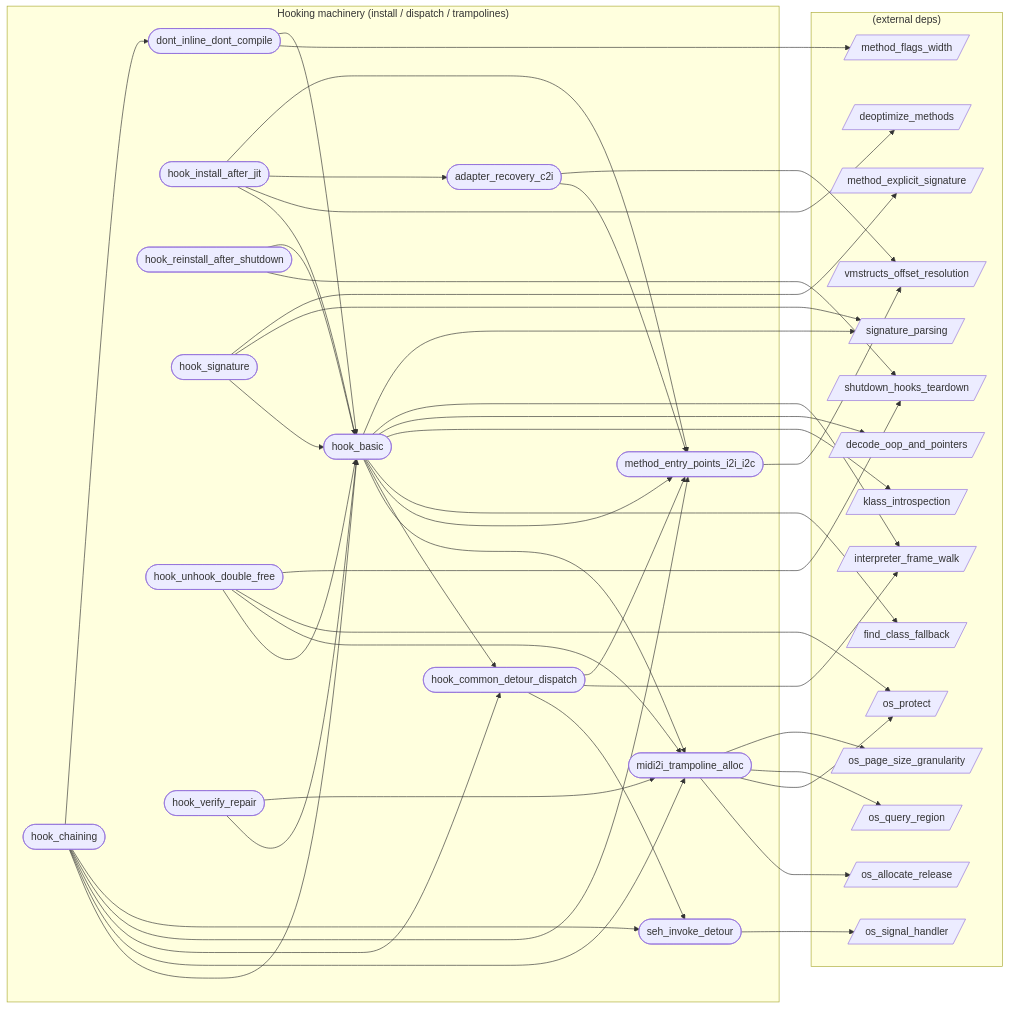
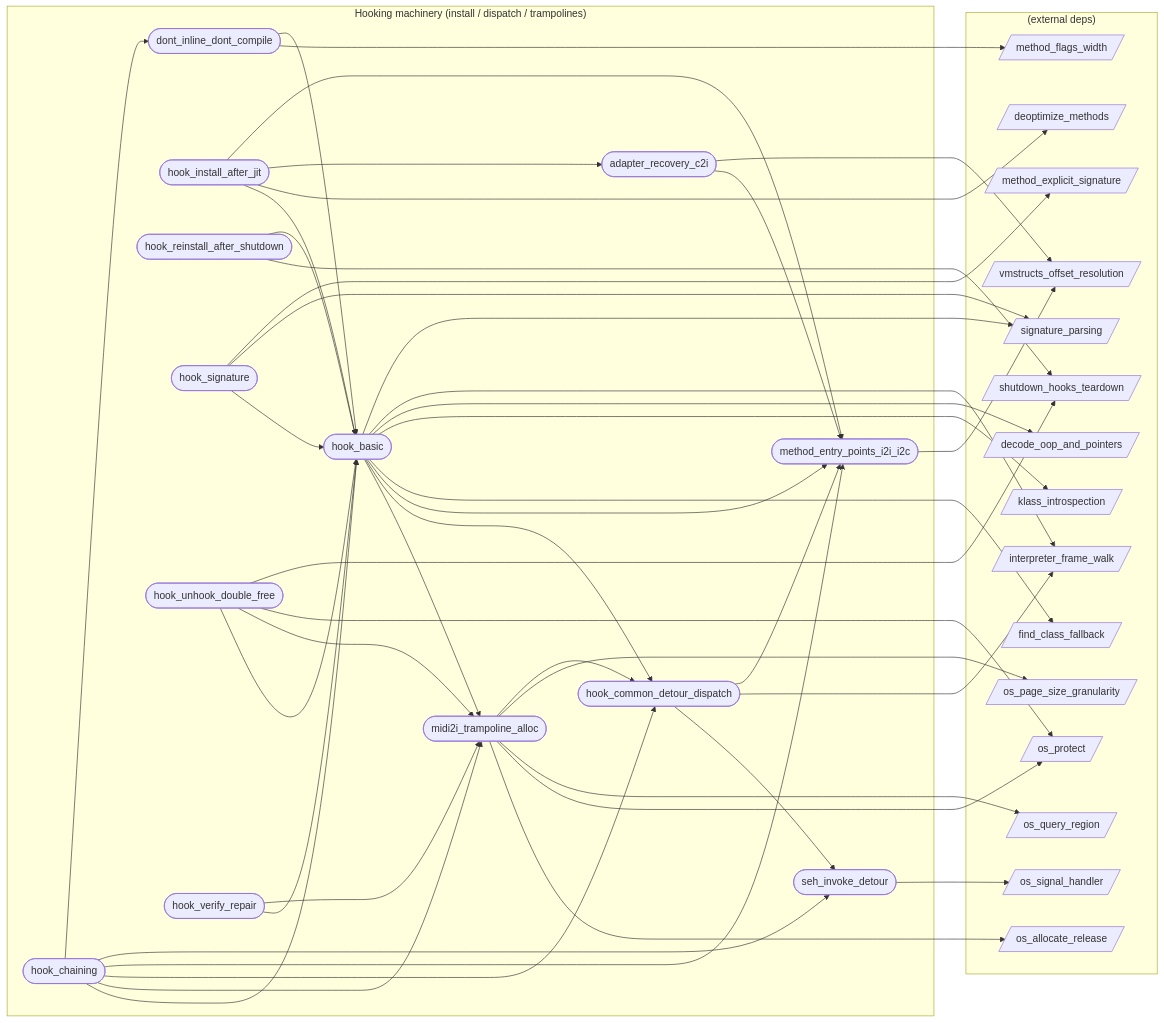
The diagram in audit/graph/categories/hook.md (xxxnpno/VMHook), drawn with Mermaid before and after one commit. The commit also changed other lines of this file and 21 other files, not shown here.

First line of the commit message:
docs(audit/features): enrich midi2i_trampoline_alloc, method_entry_points_i2i_i2c, method_enumeration, register_class, read_java_string

````diff
--- a/audit/graph/categories/hook.md
+++ b/audit/graph/categories/hook.md
@@ -30,77 +30,78 @@
 ```mermaid
 flowchart LR
   subgraph hook["Hooking machinery (install / dispatch / trampolines)"]
     adapter_recovery_c2i([adapter_recovery_c2i])
     dont_inline_dont_compile([dont_inline_dont_compile])
     hook_basic([hook_basic])
     hook_chaining([hook_chaining])
     hook_common_detour_dispatch([hook_common_detour_dispatch])
     hook_install_after_jit([hook_install_after_jit])
     hook_reinstall_after_shutdown([hook_reinstall_after_shutdown])
     hook_signature([hook_signature])
     hook_unhook_double_free([hook_unhook_double_free])
     hook_verify_repair([hook_verify_repair])
     method_entry_points_i2i_i2c([method_entry_points_i2i_i2c])
     midi2i_trampoline_alloc([midi2i_trampoline_alloc])
     seh_invoke_detour([seh_invoke_detour])
   end
   subgraph external["(external deps)"]
     decode_oop_and_pointers[/decode_oop_and_pointers/]
     deoptimize_methods[/deoptimize_methods/]
     find_class_fallback[/find_class_fallback/]
     interpreter_frame_walk[/interpreter_frame_walk/]
     klass_introspection[/klass_introspection/]
     method_explicit_signature[/method_explicit_signature/]
     method_flags_width[/method_flags_width/]
     os_allocate_release[/os_allocate_release/]
     os_page_size_granularity[/os_page_size_granularity/]
     os_protect[/os_protect/]
     os_query_region[/os_query_region/]
     os_signal_handler[/os_signal_handler/]
     shutdown_hooks_teardown[/shutdown_hooks_teardown/]
     signature_parsing[/signature_parsing/]
     vmstructs_offset_resolution[/vmstructs_offset_resolution/]
   end
   adapter_recovery_c2i --> method_entry_points_i2i_i2c
   adapter_recovery_c2i --> vmstructs_offset_resolution
   dont_inline_dont_compile --> method_flags_width
   dont_inline_dont_compile --> hook_basic
   hook_basic --> midi2i_trampoline_alloc
   hook_basic --> hook_common_detour_dispatch
   hook_basic --> method_entry_points_i2i_i2c
   hook_basic --> find_class_fallback
   hook_basic --> klass_introspection
   hook_basic --> decode_oop_and_pointers
   hook_basic --> interpreter_frame_walk
   hook_basic --> signature_parsing
   hook_chaining --> hook_basic
   hook_chaining --> midi2i_trampoline_alloc
   hook_chaining --> hook_common_detour_dispatch
   hook_chaining --> method_entry_points_i2i_i2c
   hook_chaining --> seh_invoke_detour
   hook_chaining --> dont_inline_dont_compile
   hook_common_detour_dispatch --> seh_invoke_detour
   hook_common_detour_dispatch --> interpreter_frame_walk
   hook_common_detour_dispatch --> method_entry_points_i2i_i2c
   hook_install_after_jit --> hook_basic
   hook_install_after_jit --> deoptimize_methods
   hook_install_after_jit --> adapter_recovery_c2i
   hook_install_after_jit --> method_entry_points_i2i_i2c
   hook_reinstall_after_shutdown --> shutdown_hooks_teardown
   hook_reinstall_after_shutdown --> hook_basic
   hook_signature --> hook_basic
   hook_signature --> signature_parsing
   hook_signature --> method_explicit_signature
   hook_unhook_double_free --> hook_basic
   hook_unhook_double_free --> midi2i_trampoline_alloc
   hook_unhook_double_free --> os_protect
   hook_unhook_double_free --> shutdown_hooks_teardown
   hook_verify_repair --> hook_basic
   hook_verify_repair --> midi2i_trampoline_alloc
   method_entry_points_i2i_i2c --> vmstructs_offset_resolution
   midi2i_trampoline_alloc --> os_allocate_release
   midi2i_trampoline_alloc --> os_protect
   midi2i_trampoline_alloc --> os_query_region
   midi2i_trampoline_alloc --> os_page_size_granularity
+  midi2i_trampoline_alloc --> hook_common_detour_dispatch
   seh_invoke_detour --> os_signal_handler
 ```
````
